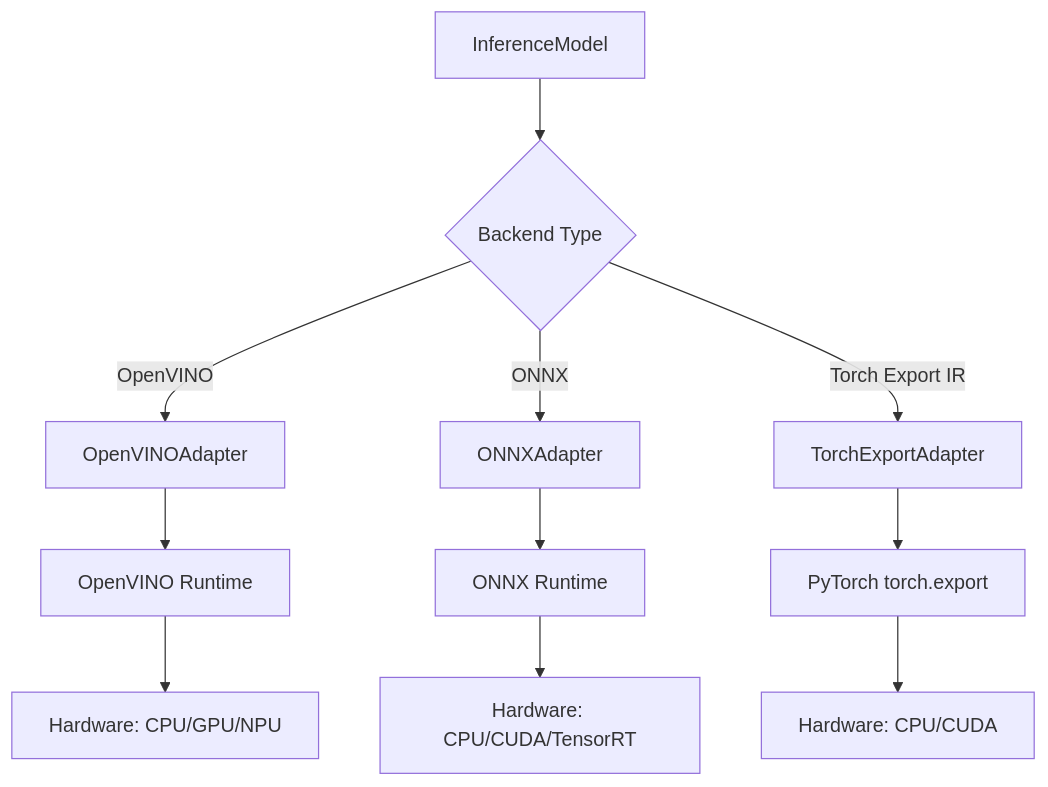
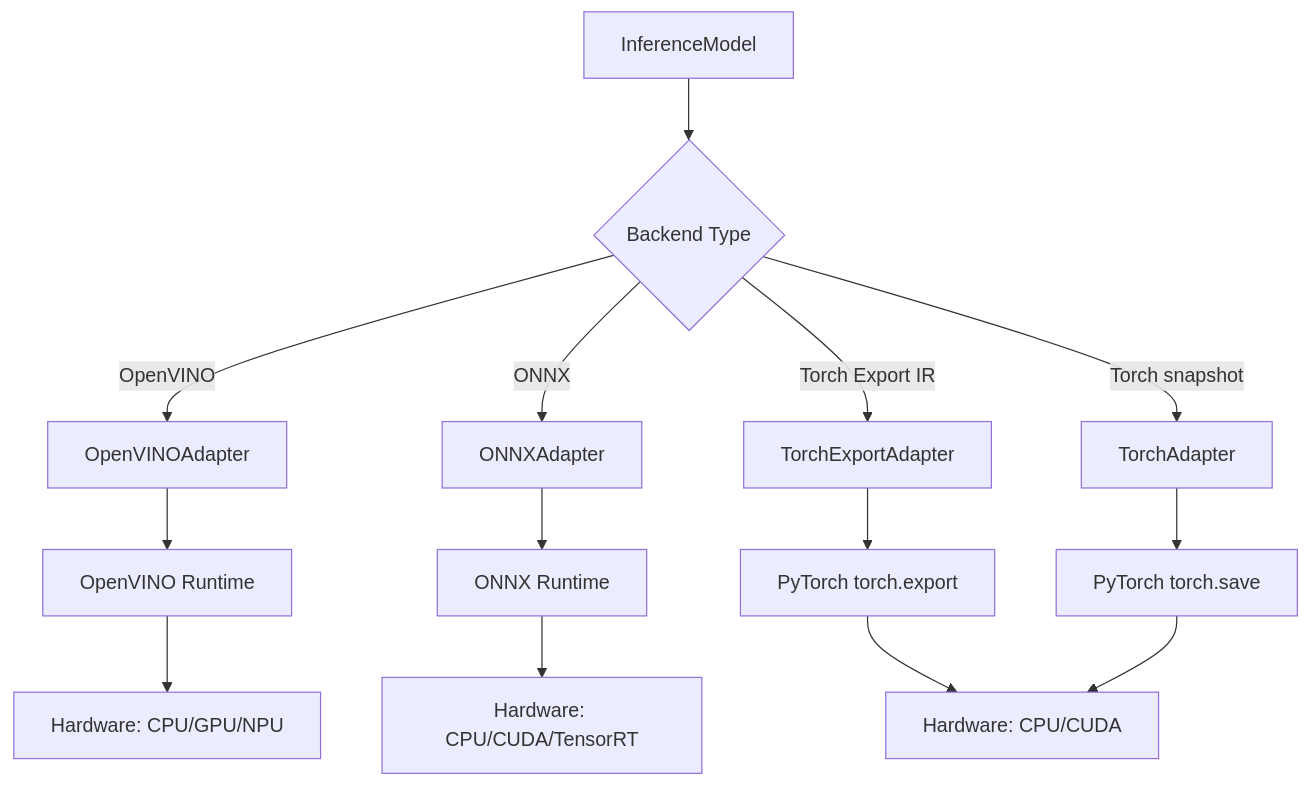
One commit to open-edge-platform/physical-ai-studio changed the first of 4 diagrams in library/docs/design/inference/overview.md. Above: the diagram before and after it, drawn with Mermaid. The commit also changed other lines of this file, not shown here.

````diff
--- a/library/docs/design/inference/overview.md
+++ b/library/docs/design/inference/overview.md
@@ -47,15 +48,18 @@
 ```mermaid
 graph TD
     A[InferenceModel] --> B{Backend Type}
     B -->|OpenVINO| C[OpenVINOAdapter]
     B -->|ONNX| D[ONNXAdapter]
     B -->|Torch Export IR| E[TorchExportAdapter]
+    B -->|Torch snapshot| X[TorchAdapter]
 
     C --> F[OpenVINO Runtime]
     D --> G[ONNX Runtime]
     E --> H[PyTorch torch.export]
+    X --> Y[PyTorch torch.save]
 
     F --> I[Hardware: CPU/GPU/NPU]
     G --> J[Hardware: CPU/CUDA/TensorRT]
     H --> K[Hardware: CPU/CUDA]
+    Y --> K
 ```
````
